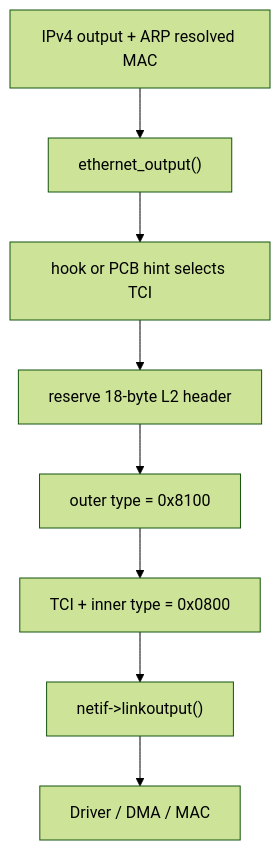
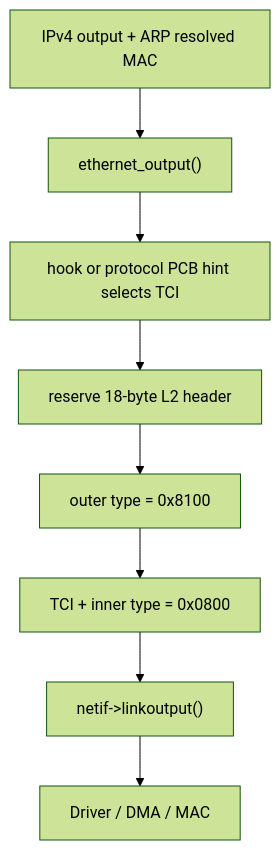
One commit to wdfk-prog/lwIP-Source-Lab changed the tenth of 10 diagrams in docs/23-vlan-8021q-offload.md. Above: the diagram before and after it, drawn with Mermaid (forest theme). The commit also changed other lines of this file and 49 other files, not shown here.

````diff
--- a/docs/23-vlan-8021q-offload.md
+++ b/docs/23-vlan-8021q-offload.md
@@ -948,10 +973,10 @@
 ```mermaid
 flowchart TD
     A["IPv4 output + ARP resolved MAC"] --> B["ethernet_output()"]
-    B --> C["hook or PCB hint selects TCI"]
+    B --> C["hook or protocol PCB hint selects TCI"]
     C --> D["reserve 18-byte L2 header"]
     D --> E["outer type = 0x8100"]
     E --> F["TCI + inner type = 0x0800"]
     F --> G["netif->linkoutput()"]
     G --> H["Driver / DMA / MAC"]
 ```
````
